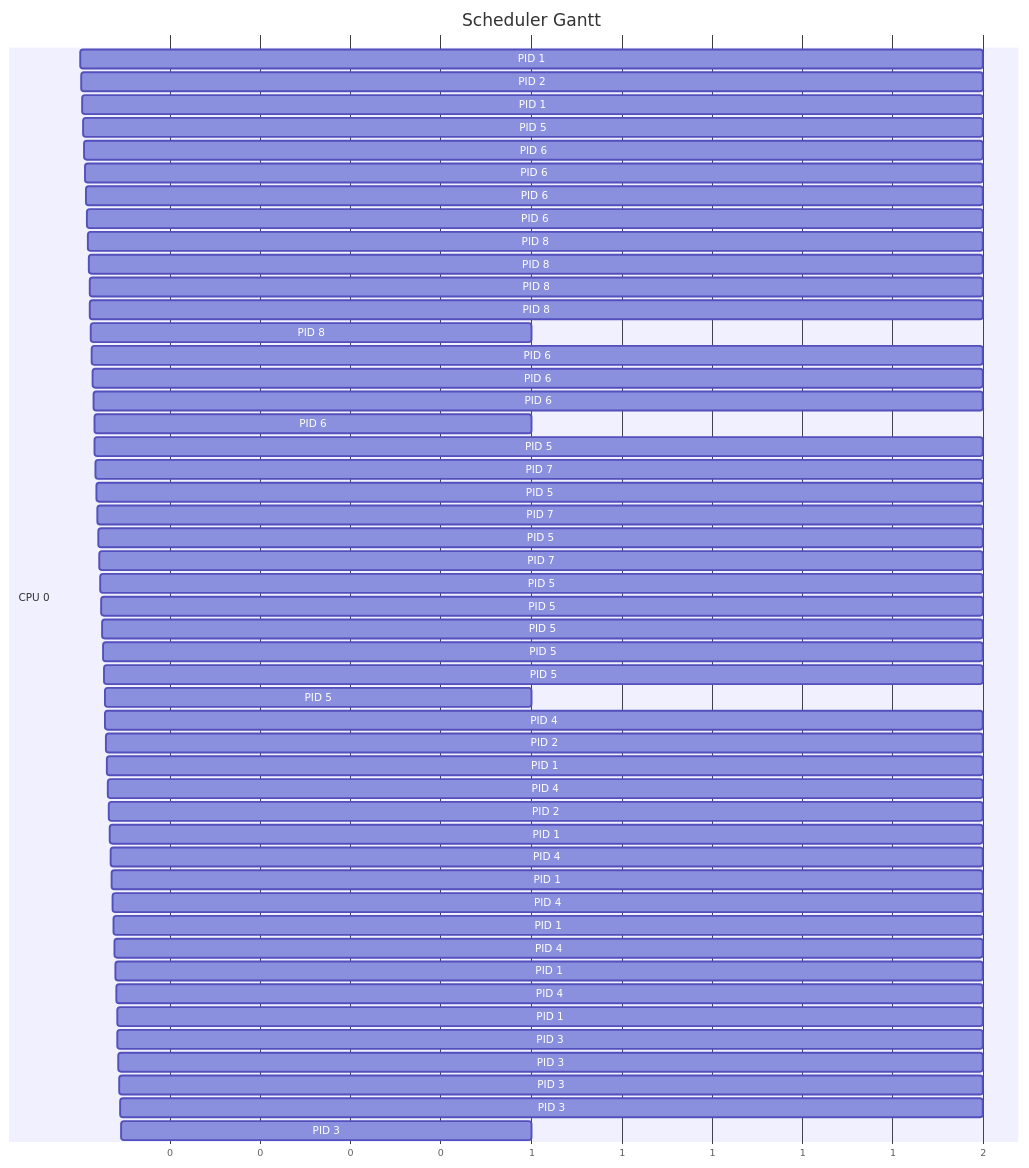
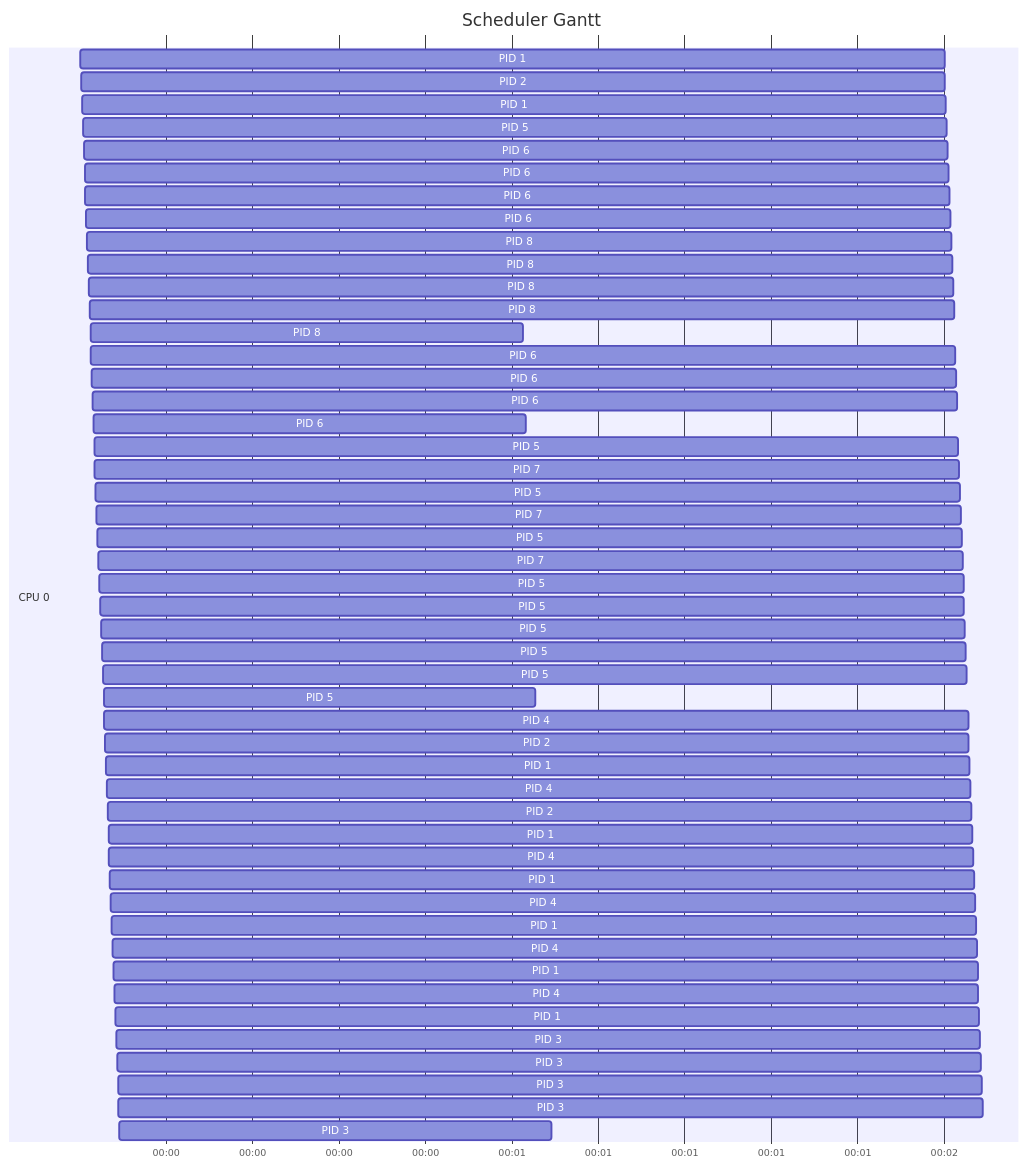
One commit to quangnguyencomeng/CO2018-261-CC-2453052 changed the fourth of 4 diagrams in docs/member1-gantt.md. Above: the diagram before and after it, drawn with Mermaid. The commit also changed other lines of this file and 2 other files, not shown here.

Commit message:
feat: Fix Gantt docs member 1

````diff
--- a/docs/member1-gantt.md
+++ b/docs/member1-gantt.md
@@ -118,55 +118,55 @@
 ```mermaid
 gantt
   title Scheduler Gantt
   dateFormat X
-  axisFormat %s
+  axisFormat %M:%S
   section CPU 0
-  PID 1 :2,2
-  PID 2 :4,2
-  PID 1 :6,2
-  PID 5 :8,2
-  PID 6 :10,2
-  PID 6 :12,2
-  PID 6 :14,2
-  PID 6 :16,2
-  PID 8 :18,2
-  PID 8 :20,2
-  PID 8 :22,2
-  PID 8 :24,2
-  PID 8 :26,1
-  PID 6 :27,2
-  PID 6 :29,2
-  PID 6 :31,2
-  PID 6 :33,1
-  PID 5 :34,2
-  PID 7 :36,2
-  PID 5 :38,2
-  PID 7 :40,2
-  PID 5 :42,2
-  PID 7 :44,2
-  PID 5 :46,2
-  PID 5 :48,2
-  PID 5 :50,2
-  PID 5 :52,2
-  PID 5 :54,2
-  PID 5 :56,1
-  PID 4 :57,2
-  PID 2 :59,2
-  PID 1 :61,2
-  PID 4 :63,2
-  PID 2 :65,2
-  PID 1 :67,2
-  PID 4 :69,2
-  PID 1 :71,2
-  PID 4 :73,2
-  PID 1 :75,2
-  PID 4 :77,2
-  PID 1 :79,2
-  PID 4 :81,2
-  PID 1 :83,2
-  PID 3 :85,2
-  PID 3 :87,2
-  PID 3 :89,2
-  PID 3 :91,2
-  PID 3 :93,1
+  PID 1 :2,2s
+  PID 2 :4,2s
+  PID 1 :6,2s
+  PID 5 :8,2s
+  PID 6 :10,2s
+  PID 6 :12,2s
+  PID 6 :14,2s
+  PID 6 :16,2s
+  PID 8 :18,2s
+  PID 8 :20,2s
+  PID 8 :22,2s
+  PID 8 :24,2s
+  PID 8 :26,1s
+  PID 6 :27,2s
+  PID 6 :29,2s
+  PID 6 :31,2s
+  PID 6 :33,1s
+  PID 5 :34,2s
+  PID 7 :36,2s
+  PID 5 :38,2s
+  PID 7 :40,2s
+  PID 5 :42,2s
+  PID 7 :44,2s
+  PID 5 :46,2s
+  PID 5 :48,2s
+  PID 5 :50,2s
+  PID 5 :52,2s
+  PID 5 :54,2s
+  PID 5 :56,1s
+  PID 4 :57,2s
+  PID 2 :59,2s
+  PID 1 :61,2s
+  PID 4 :63,2s
+  PID 2 :65,2s
+  PID 1 :67,2s
+  PID 4 :69,2s
+  PID 1 :71,2s
+  PID 4 :73,2s
+  PID 1 :75,2s
+  PID 4 :77,2s
+  PID 1 :79,2s
+  PID 4 :81,2s
+  PID 1 :83,2s
+  PID 3 :85,2s
+  PID 3 :87,2s
+  PID 3 :89,2s
+  PID 3 :91,2s
+  PID 3 :93,1s
 ```
````
